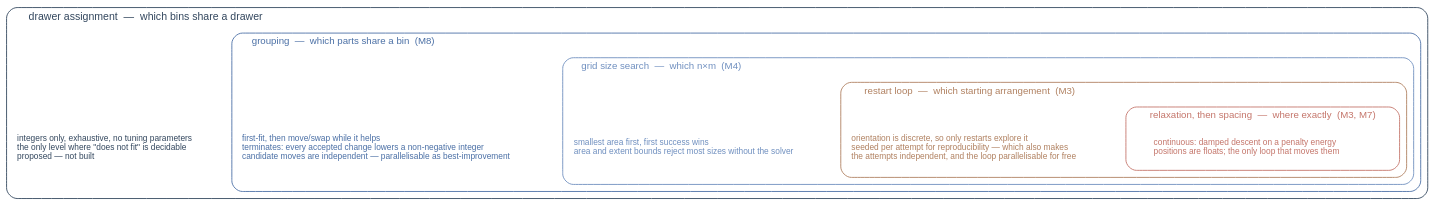
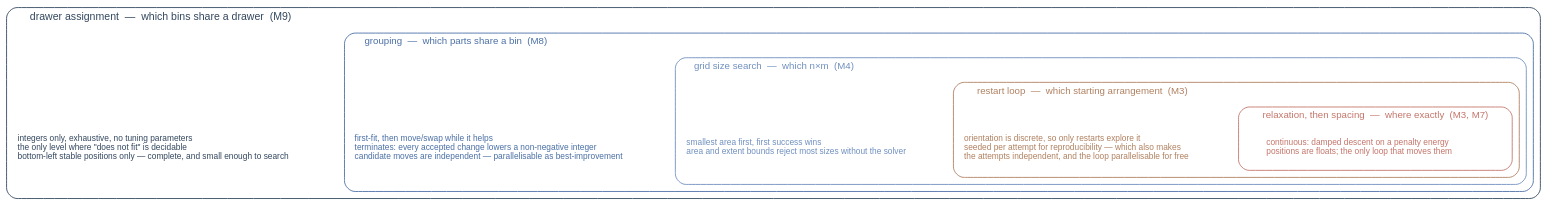
The diagram in docs/loops.dot (a-price/gridfinity_contours), drawn with Graphviz before and after one commit. The commit also changed 34 other files, not shown here.

Commit message:
Start drawer-level layout work.

```diff
--- a/docs/loops.dot
+++ b/docs/loops.dot
@@ -1,77 +1,77 @@
 // The optimization loop hierarchy: what calls what, and how often.
 // Render with `make docs`. The companion diagram is pipeline.dot, which
 // shows data flow; this one shows nesting and cost.
 //
 // Each box is a search. A box drawn inside another runs once per
 // iteration of the one containing it, so the cost multiplies down the
 // stack - which is the point of the diagram. Reading outward from the
 // centre also reads the stack from continuous to discrete: the innermost
 // loops move floats, the outermost only ever moves integers, and only the
 // outermost can prove that no answer exists.
 
 digraph loops {
   graph [fontname="Helvetica", fontsize=11, bgcolor="transparent",
          ranksep=0.15, nodesep=0.15];
   node  [fontname="Helvetica", fontsize=9.5, shape=box, style="rounded,filled",
          color="#00000000", fillcolor="#00000000", margin="0.06,0.03"];
 
   subgraph cluster_drawer {
-    label = "drawer assignment  —  which bins share a drawer";
+    label = "drawer assignment  —  which bins share a drawer  (M9)";
     fontsize = 12;
     style = "rounded";
     color = "#33475e";
     fontcolor = "#33475e";
     labeljust = "l";
 
-    d_note [label="integers only, exhaustive, no tuning parameters\lthe only level where \"does not fit\" is decidable\lproposed — not built\l",
+    d_note [label="integers only, exhaustive, no tuning parameters\lthe only level where \"does not fit\" is decidable\lbottom-left stable positions only — complete, and small enough to search\l",
             fontcolor="#33475e"];
 
     subgraph cluster_group {
       label = "grouping  —  which parts share a bin  (M8)";
       fontsize = 11;
       style = "rounded";
       color = "#4a6fa5";
       fontcolor = "#4a6fa5";
       labeljust = "l";
 
       g_note [label="first-fit, then move/swap while it helps\lterminates: every accepted change lowers a non-negative integer\lcandidate moves are independent — parallelisable as best-improvement\l",
               fontcolor="#4a6fa5"];
 
       subgraph cluster_grid {
         label = "grid size search  —  which n×m  (M4)";
         fontsize = 11;
         style = "rounded";
         color = "#6f8fbf";
         fontcolor = "#6f8fbf";
         labeljust = "l";
 
         r_note [label="smallest area first, first success wins\larea and extent bounds reject most sizes without the solver\l",
                 fontcolor="#6f8fbf"];
 
         subgraph cluster_restart {
           label = "restart loop  —  which starting arrangement  (M3)";
           fontsize = 11;
           style = "rounded";
           color = "#b08060";
           fontcolor = "#b08060";
           labeljust = "l";
 
           s_note [label="orientation is discrete, so only restarts explore it\lseeded per attempt for reproducibility — which also makes\lthe attempts independent, and the loop parallelisable for free\l",
                   fontcolor="#b08060"];
 
           subgraph cluster_relax {
             label = "relaxation, then spacing  —  where exactly  (M3, M7)";
             fontsize = 11;
             style = "rounded";
             color = "#c4756a";
             fontcolor = "#c4756a";
             labeljust = "l";
 
             c_note [label="continuous: damped descent on a penalty energy\lpositions are floats; the only loop that moves them\l",
                     fontcolor="#c4756a"];
           }
         }
       }
     }
   }
 }
```
